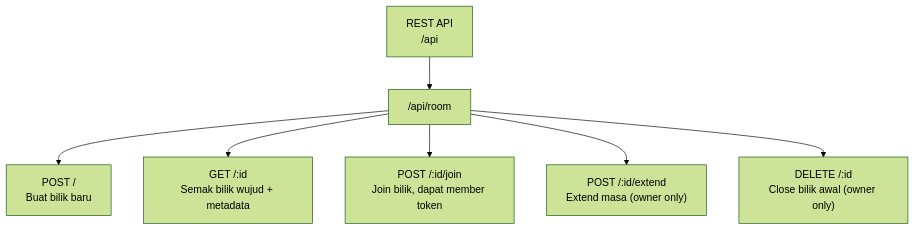
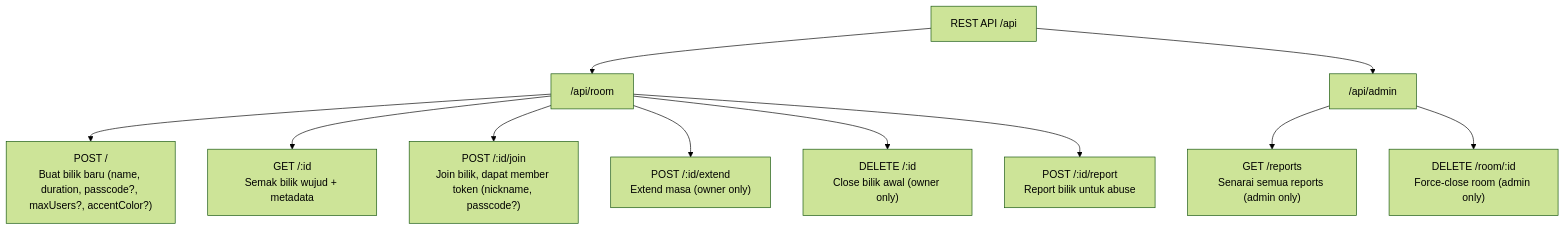
Before and after one commit to snsyaqirah/KacipLuhh: the sixth of 13 diagrams in README.md, drawn with Mermaid (forest theme). The commit also changed other lines of this file, not shown here.

````diff
--- a/README.md
+++ b/README.md
@@ -253,11 +270,16 @@
 ```mermaid
 graph TD
-    API["REST API\n/api"]
+    API["REST API /api"]
     API --> RM["/api/room"]
+    API --> AD["/api/admin"]
 
-    RM --> R1["POST /\nBuat bilik baru"]
+    RM --> R1["POST /\nBuat bilik baru (name, duration, passcode?, maxUsers?, accentColor?)"]
     RM --> R2["GET /:id\nSemak bilik wujud + metadata"]
-    RM --> R3["POST /:id/join\nJoin bilik, dapat member token"]
+    RM --> R3["POST /:id/join\nJoin bilik, dapat member token (nickname, passcode?)"]
     RM --> R4["POST /:id/extend\nExtend masa (owner only)"]
     RM --> R5["DELETE /:id\nClose bilik awal (owner only)"]
+    RM --> R6["POST /:id/report\nReport bilik untuk abuse"]
+
+    AD --> A1["GET /reports\nSenarai semua reports (admin only)"]
+    AD --> A2["DELETE /room/:id\nForce-close room (admin only)"]
 ```
````
